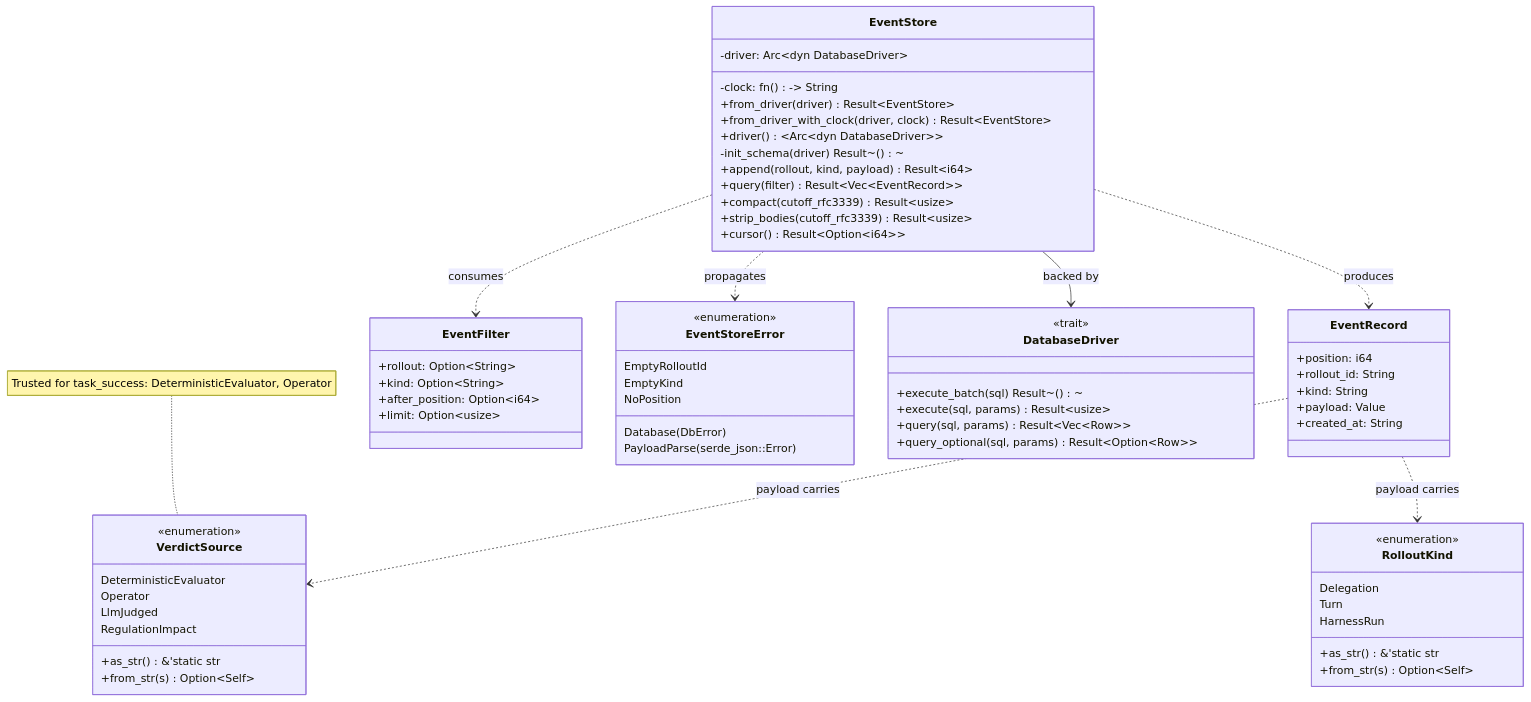
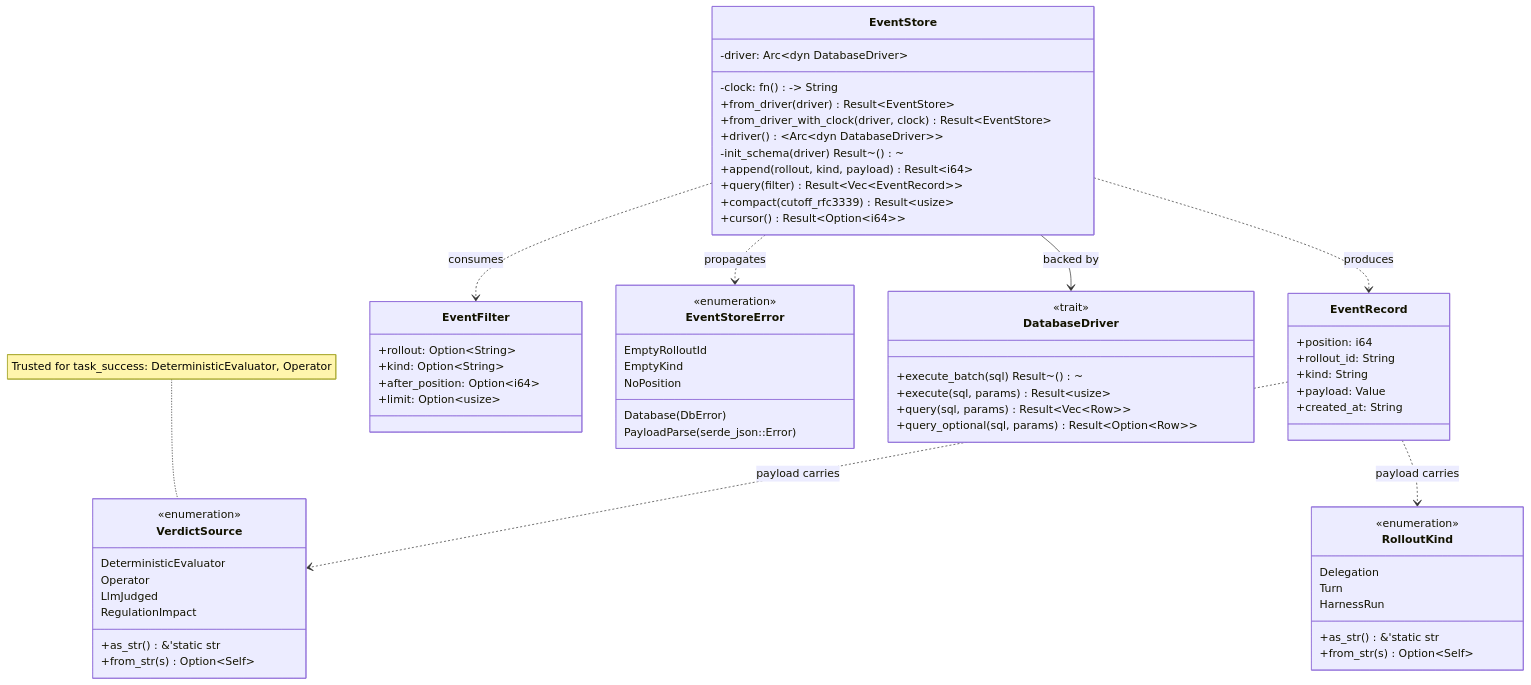
Before and after one commit to mdz-axo/zed-kask: the sixth of 8 diagrams in kask/docs/diagrams/architecture.md, drawn with Mermaid. The commit also changed other lines of this file and 28 other files, not shown here.

````diff
--- a/kask/docs/diagrams/architecture.md
+++ b/kask/docs/diagrams/architecture.md
@@ -405,70 +405,69 @@
 ```mermaid
 classDiagram
     class EventStore {
         -driver: Arc~dyn DatabaseDriver~
         -clock: fn() -> String
         +from_driver(driver) Result~EventStore~
         +from_driver_with_clock(driver, clock) Result~EventStore~
         +driver() ~Arc~dyn DatabaseDriver~~
         -init_schema(driver) Result~()~
         +append(rollout, kind, payload) Result~i64~
         +query(filter) Result~Vec~EventRecord~~
         +compact(cutoff_rfc3339) Result~usize~
-        +strip_bodies(cutoff_rfc3339) Result~usize~
         +cursor() Result~Option~i64~~
     }
     class EventRecord {
         +position: i64
         +rollout_id: String
         +kind: String
         +payload: Value
         +created_at: String
     }
     class EventFilter {
         +rollout: Option~String~
         +kind: Option~String~
         +after_position: Option~i64~
         +limit: Option~usize~
     }
     class EventStoreError {
         <<enumeration>>
         Database(DbError)
         PayloadParse(serde_json::Error)
         EmptyRolloutId
         EmptyKind
         NoPosition
     }
     class VerdictSource {
         <<enumeration>>
         DeterministicEvaluator
         Operator
         LlmJudged
         RegulationImpact
         +as_str() &'static str
         +from_str(s) Option~Self~
 
     }
     class RolloutKind {
         <<enumeration>>
         Delegation
         Turn
         HarnessRun
         +as_str() &'static str
         +from_str(s) Option~Self~
     }
     class DatabaseDriver {
         <<trait>>
         +execute_batch(sql) Result~()~
         +execute(sql, params) Result~usize~
         +query(sql, params) Result~Vec~Row~~
         +query_optional(sql, params) Result~Option~Row~~
     }
 
     EventStore --> DatabaseDriver : backed by
     EventStore ..> EventRecord : produces
     EventStore ..> EventFilter : consumes
     EventStore ..> EventStoreError : propagates
     EventRecord ..> VerdictSource : payload carries
     EventRecord ..> RolloutKind : payload carries
     note for VerdictSource "Trusted for task_success: DeterministicEvaluator, Operator"
 ```
````
